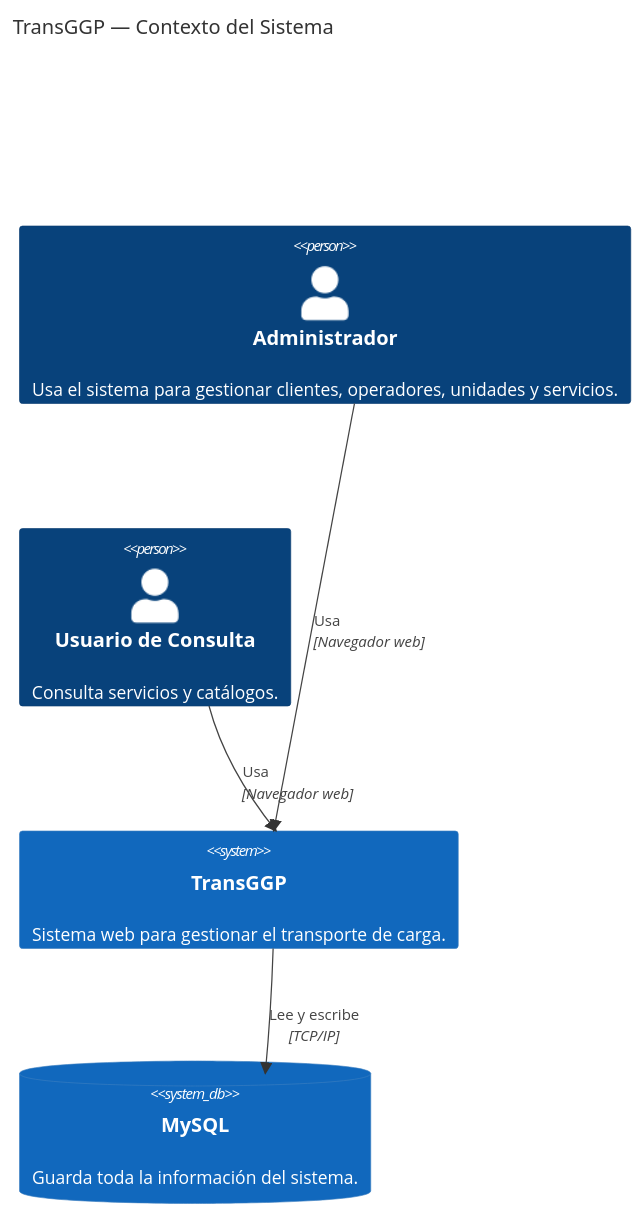
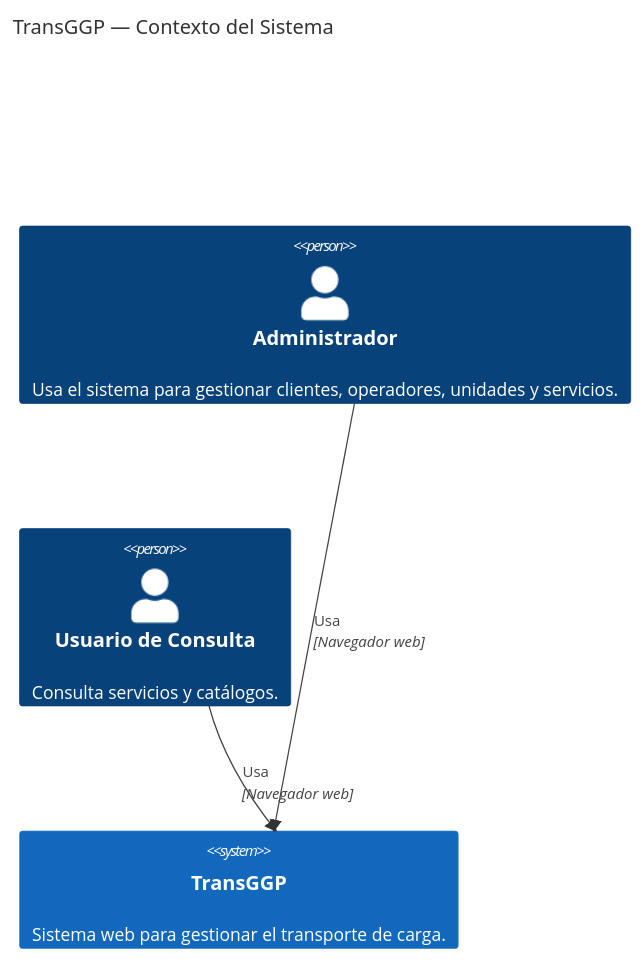
One commit to bylev/Proyecto-ArquitecturaSW changed the diagram in docs/Diagramas.md. Above: the diagram before and after it, drawn with Mermaid.

Commit message:
docs: Añadir diagramas

````diff
--- a/docs/Diagramas.md
+++ b/docs/Diagramas.md
@@ -9,15 +9,12 @@
 ```mermaid
 C4Context
     title TransGGP — Contexto del Sistema
 
     Person(admin, "Administrador", "Usa el sistema para gestionar clientes, operadores, unidades y servicios.")
     Person(consulta, "Usuario de Consulta", "Consulta servicios y catálogos.")
 
     System(transggp, "TransGGP", "Sistema web para gestionar el transporte de carga.")
 
-    SystemDb(db, "MySQL", "Guarda toda la información del sistema.")
-
     Rel(admin, transggp, "Usa", "Navegador web")
     Rel(consulta, transggp, "Usa", "Navegador web")
-    Rel(transggp, db, "Lee y escribe", "TCP/IP")
 ```
````
